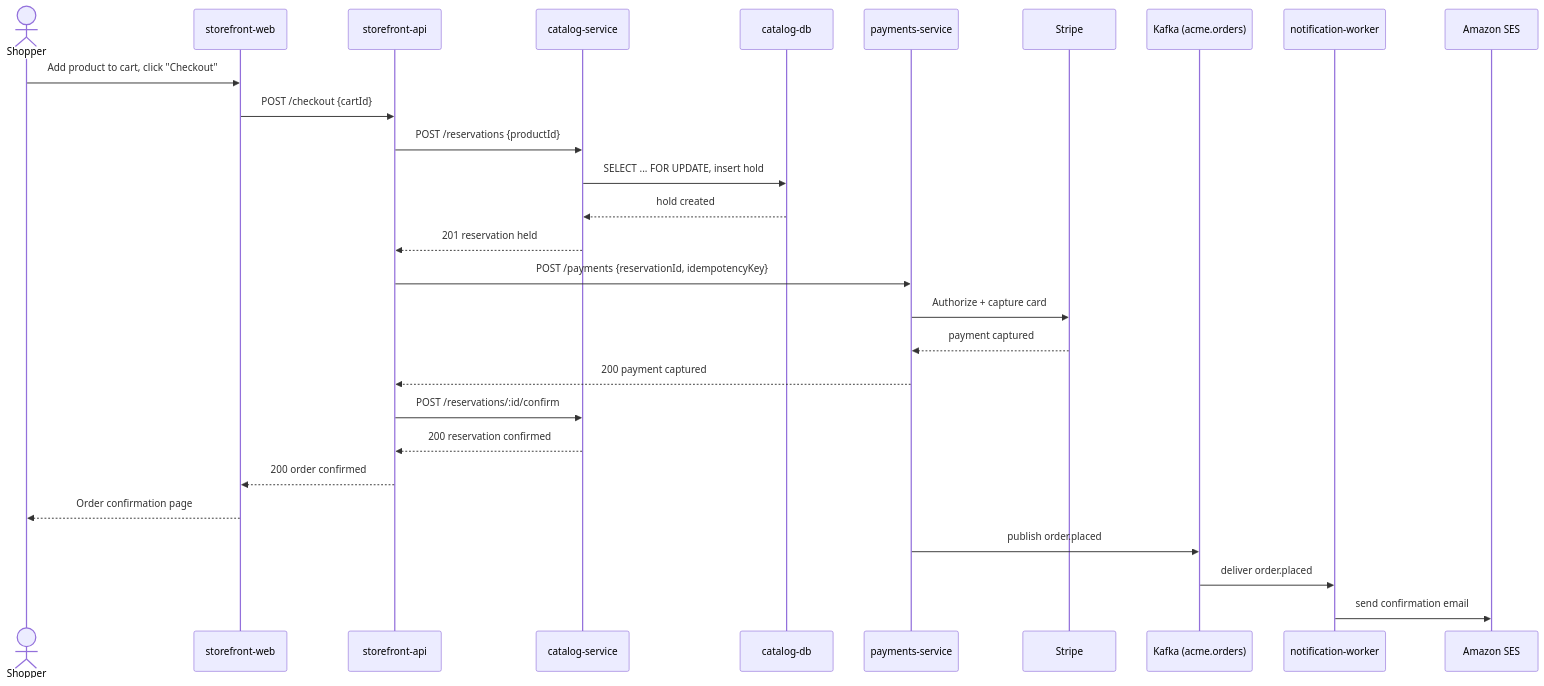
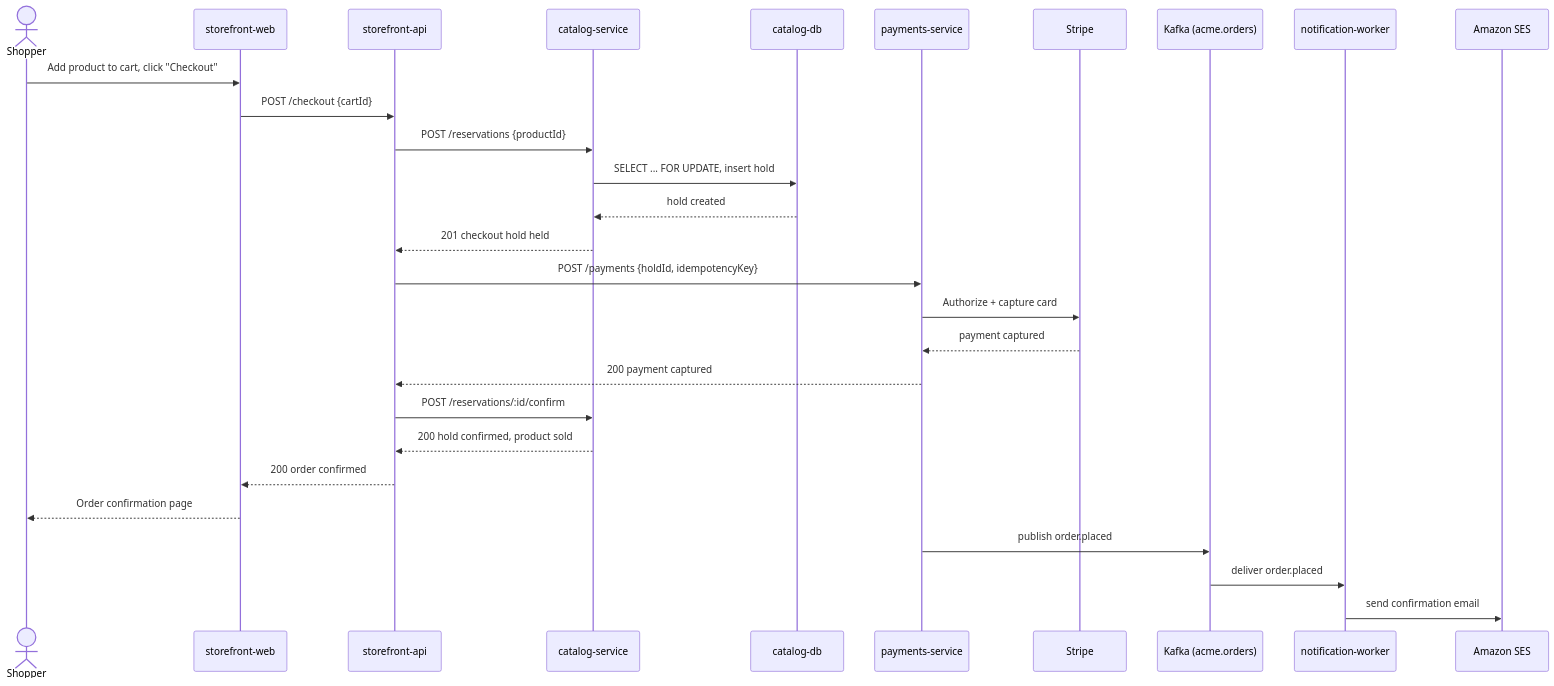
Before and after one commit to kieranpotts/design: the diagram in design/scenarios/checkout.md, drawn with Mermaid. The commit also changed other lines of this file and 4 other files, not shown here.

````diff
--- a/design/scenarios/checkout.md
+++ b/design/scenarios/checkout.md
@@ -15,31 +15,31 @@
 ```mermaid
 sequenceDiagram
     actor Shopper
     participant Web as storefront-web
     participant API as storefront-api
     participant Catalog as catalog-service
     participant CatalogDB as catalog-db
     participant Payments as payments-service
     participant Stripe
     participant Bus as Kafka (acme.orders)
     participant Notify as notification-worker
     participant SES as Amazon SES
 
     Shopper->>Web: Add product to cart, click "Checkout"
     Web->>API: POST /checkout {cartId}
     API->>Catalog: POST /reservations {productId}
     Catalog->>CatalogDB: SELECT ... FOR UPDATE, insert hold
     CatalogDB-->>Catalog: hold created
-    Catalog-->>API: 201 reservation held
-    API->>Payments: POST /payments {reservationId, idempotencyKey}
+    Catalog-->>API: 201 checkout hold held
+    API->>Payments: POST /payments {holdId, idempotencyKey}
     Payments->>Stripe: Authorize + capture card
     Stripe-->>Payments: payment captured
     Payments-->>API: 200 payment captured
     API->>Catalog: POST /reservations/:id/confirm
-    Catalog-->>API: 200 reservation confirmed
+    Catalog-->>API: 200 hold confirmed, product sold
     API-->>Web: 200 order confirmed
     Web-->>Shopper: Order confirmation page
     Payments->>Bus: publish order.placed
     Bus->>Notify: deliver order.placed
     Notify->>SES: send confirmation email
 ```
````
